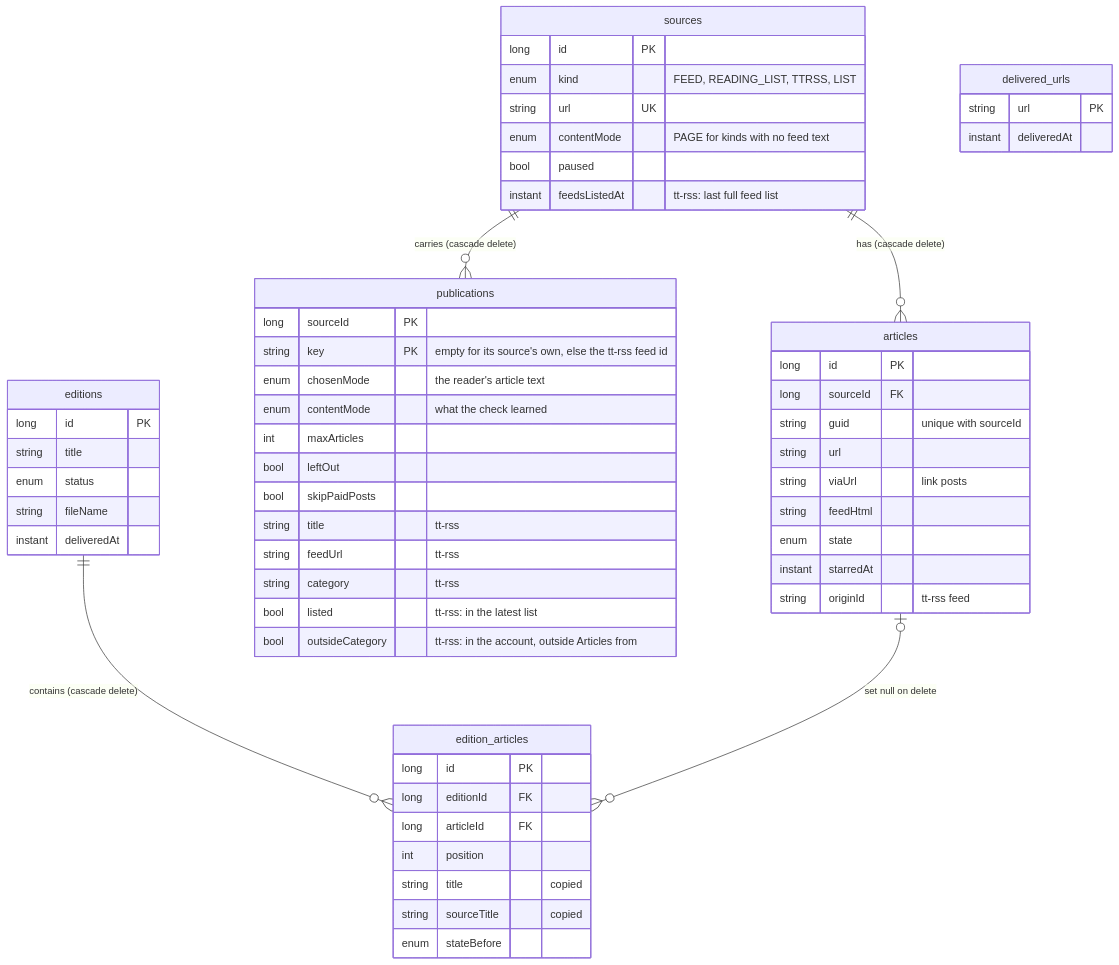
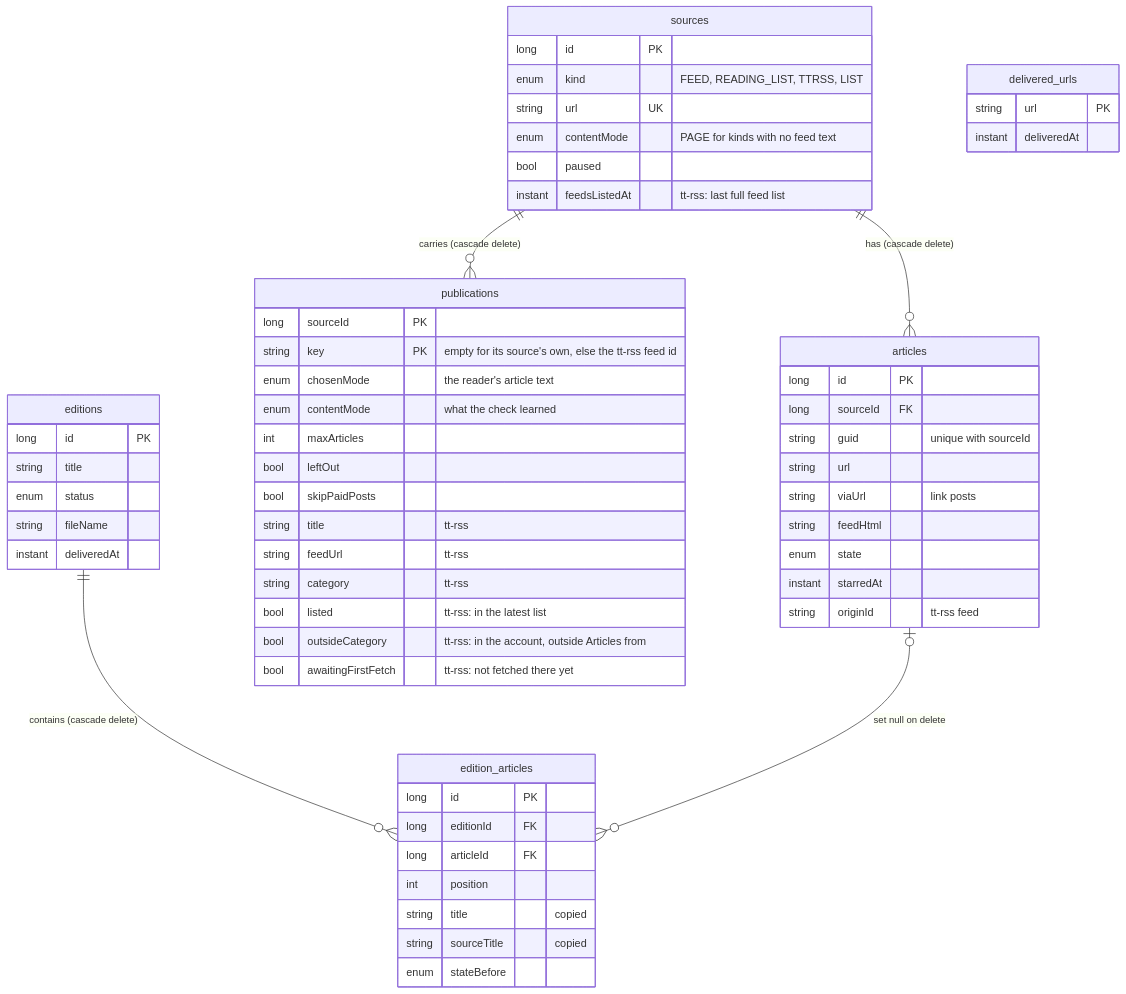
The fifth of 6 diagrams in docs/ARCHITECTURE.md (madCode/newspaperss), drawn with Mermaid before and after one commit. The commit also changed other lines of this file and 26 other files, not shown here.

````diff
--- a/docs/ARCHITECTURE.md
+++ b/docs/ARCHITECTURE.md
@@ -256,60 +256,61 @@
 ```mermaid
 erDiagram
     sources ||--o{ articles : "has (cascade delete)"
     sources ||--o{ publications : "carries (cascade delete)"
     editions ||--o{ edition_articles : "contains (cascade delete)"
     articles |o--o{ edition_articles : "set null on delete"
     sources {
         long id PK
         enum kind "FEED, READING_LIST, TTRSS, LIST"
         string url UK
         enum contentMode "PAGE for kinds with no feed text"
         bool paused
         instant feedsListedAt "tt-rss: last full feed list"
     }
     publications {
         long sourceId PK
         string key PK "empty for its source's own, else the tt-rss feed id"
         enum chosenMode "the reader's article text"
         enum contentMode "what the check learned"
         int maxArticles
         bool leftOut
         bool skipPaidPosts
         string title "tt-rss"
         string feedUrl "tt-rss"
         string category "tt-rss"
         bool listed "tt-rss: in the latest list"
         bool outsideCategory "tt-rss: in the account, outside Articles from"
+        bool awaitingFirstFetch "tt-rss: not fetched there yet"
     }
     articles {
         long id PK
         long sourceId FK
         string guid "unique with sourceId"
         string url
         string viaUrl "link posts"
         string feedHtml
         enum state
         instant starredAt
         string originId "tt-rss feed"
     }
     editions {
         long id PK
         string title
         enum status
         string fileName
         instant deliveredAt
     }
     edition_articles {
         long id PK
         long editionId FK
         long articleId FK
         int position
         string title "copied"
         string sourceTitle "copied"
         enum stateBefore
     }
     delivered_urls {
         string url PK
         instant deliveredAt
     }
 ```
````
